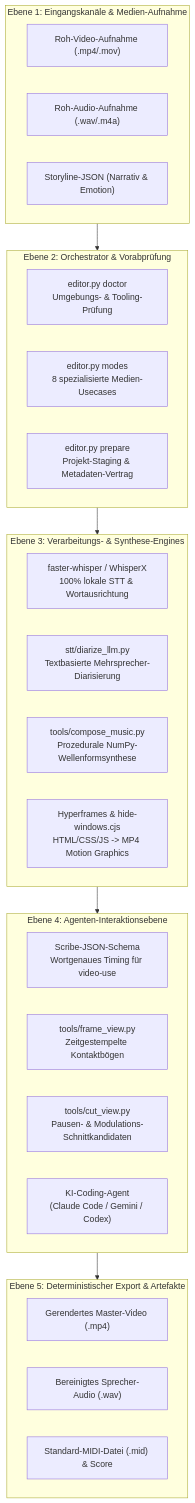
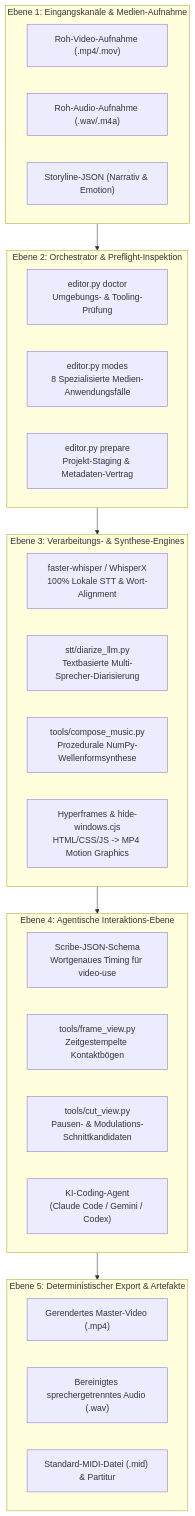
The first of 2 diagrams in README_de.md (ellmos-ai/ai-media-editor), drawn with Mermaid before and after one commit. The commit also changed other lines of this file and 9 other files, not shown here.

Commit message:
docs: Pfad B discoverability & visual architecture overhaul (v0.2.3)

````diff
--- a/README_de.md
+++ b/README_de.md
@@ -95,39 +69,39 @@
 ```mermaid
 flowchart TB
     subgraph Intake ["Ebene 1: Eingangskanäle & Medien-Aufnahme"]
         V["Roh-Video-Aufnahme (.mp4/.mov)"]
         A["Roh-Audio-Aufnahme (.wav/.m4a)"]
         S["Storyline-JSON (Narrativ & Emotion)"]
     end
 
-    subgraph Preflight ["Ebene 2: Orchestrator & Vorabprüfung"]
+    subgraph Preflight ["Ebene 2: Orchestrator & Preflight-Inspektion"]
         DOC["editor.py doctor<br/>Umgebungs- & Tooling-Prüfung"]
-        MODES["editor.py modes<br/>8 spezialisierte Medien-Usecases"]
+        MODES["editor.py modes<br/>8 Spezialisierte Medien-Anwendungsfälle"]
         PREP["editor.py prepare<br/>Projekt-Staging & Metadaten-Vertrag"]
     end
 
     subgraph Engines ["Ebene 3: Verarbeitungs- & Synthese-Engines"]
-        FW["faster-whisper / WhisperX<br/>100% lokale STT & Wortausrichtung"]
-        DIAR["stt/diarize_llm.py<br/>Textbasierte Mehrsprecher-Diarisierung"]
+        FW["faster-whisper / WhisperX<br/>100% Lokale STT & Wort-Alignment"]
+        DIAR["stt/diarize_llm.py<br/>Textbasierte Multi-Sprecher-Diarisierung"]
         MUSIC["tools/compose_music.py<br/>Prozedurale NumPy-Wellenformsynthese"]
         HF["Hyperframes & hide-windows.cjs<br/>HTML/CSS/JS -> MP4 Motion Graphics"]
     end
 
-    subgraph Agentic ["Ebene 4: Agenten-Interaktionsebene"]
+    subgraph Agentic ["Ebene 4: Agentische Interaktions-Ebene"]
         SCRIBE["Scribe-JSON-Schema<br/>Wortgenaues Timing für video-use"]
         FRAMES["tools/frame_view.py<br/>Zeitgestempelte Kontaktbögen"]
         CUTS["tools/cut_view.py<br/>Pausen- & Modulations-Schnittkandidaten"]
         LLM["KI-Coding-Agent<br/>(Claude Code / Gemini / Codex)"]
     end
 
     subgraph Export ["Ebene 5: Deterministischer Export & Artefakte"]
         OUT_V["Gerendertes Master-Video (.mp4)"]
-        OUT_A["Bereinigtes Sprecher-Audio (.wav)"]
-        OUT_M["Standard-MIDI-Datei (.mid) & Score"]
+        OUT_A["Bereinigtes sprechergetrenntes Audio (.wav)"]
+        OUT_M["Standard-MIDI-Datei (.mid) & Partitur"]
     end
 
     Intake --> Preflight
     Preflight --> Engines
     Engines --> Agentic
     Agentic --> Export
 ```
````
